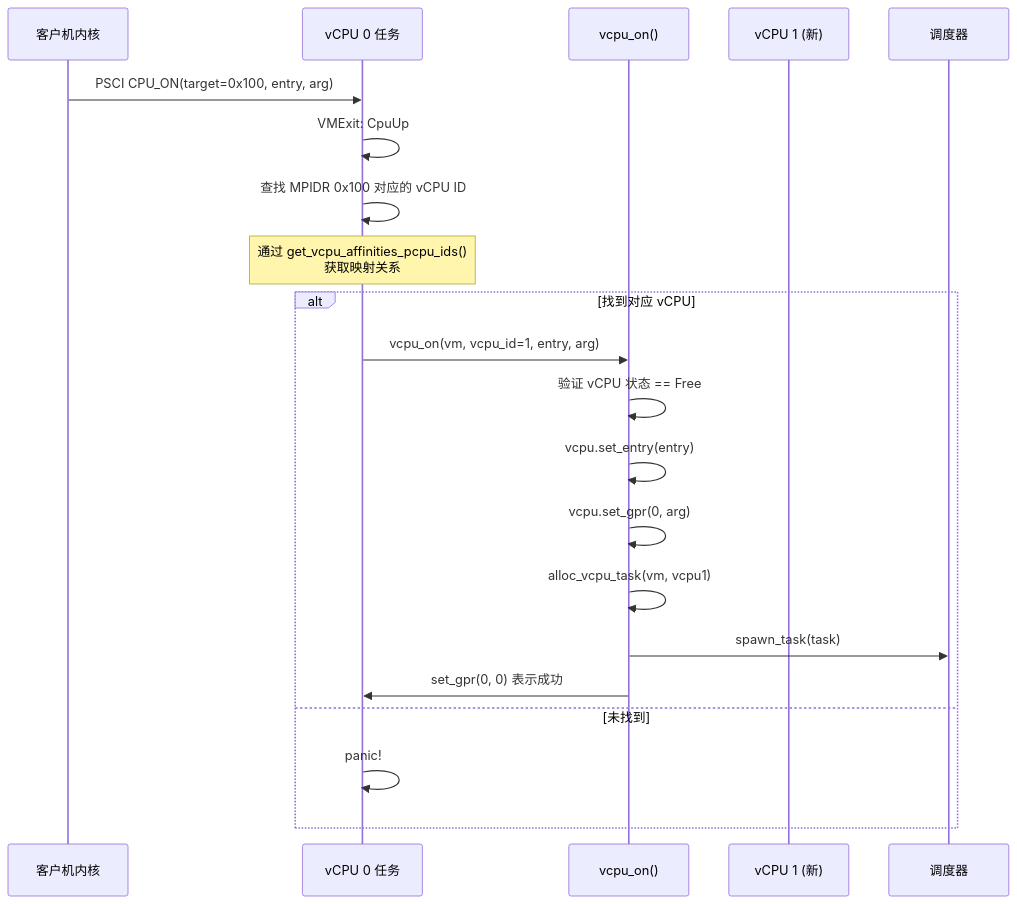
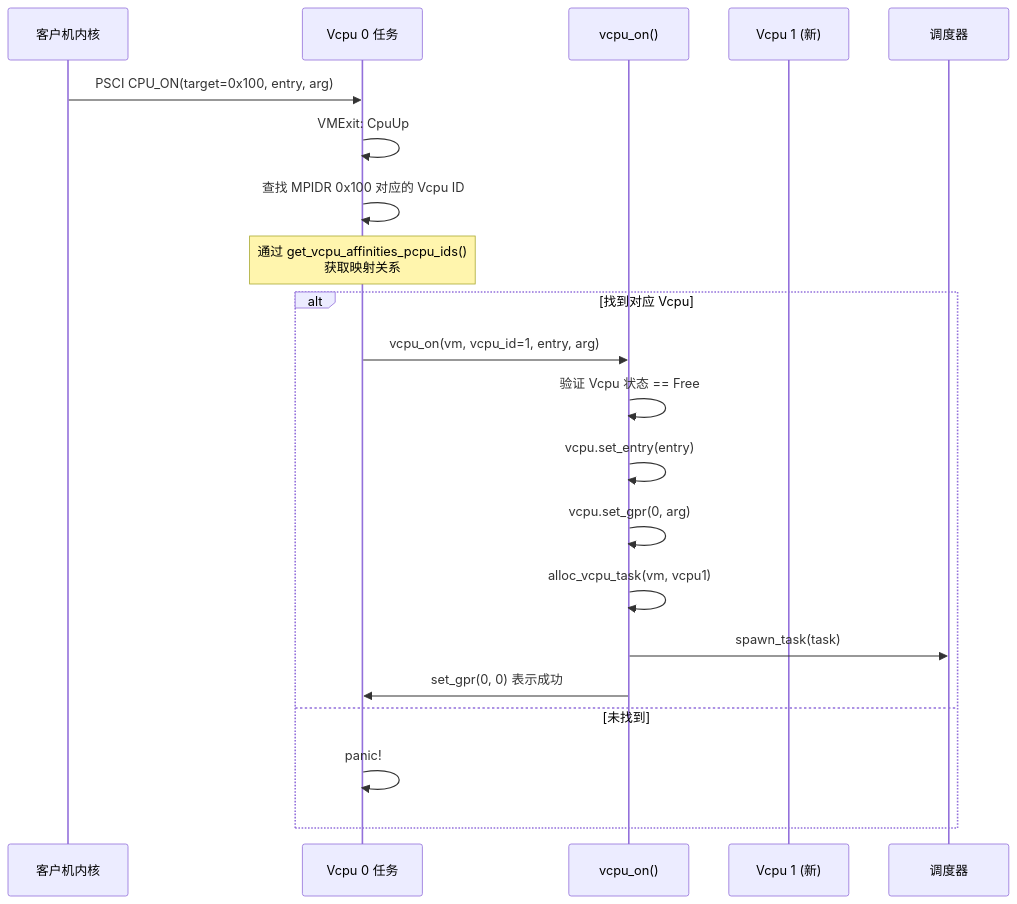
The seventh of 18 diagrams in docs/design/guest/manager/vcpu-task.md (arceos-hypervisor/axvisorbook), drawn with Mermaid before and after one commit. The commit also changed other lines of this file and 6 other files, not shown here.

````diff
--- a/docs/design/guest/manager/vcpu-task.md
+++ b/docs/design/guest/manager/vcpu-task.md
@@ -264,26 +264,26 @@
 ```mermaid
 sequenceDiagram
     participant Guest as 客户机内核
-    participant VCpu0 as vCPU 0 任务
+    participant VCpu0 as Vcpu 0 任务
     participant Handler as vcpu_on()
-    participant VCpu1 as vCPU 1 (新)
+    participant VCpu1 as Vcpu 1 (新)
     participant Sched as 调度器
 
     Guest->>VCpu0: PSCI CPU_ON(target=0x100, entry, arg)
     VCpu0->>VCpu0: VMExit: CpuUp
 
-    VCpu0->>VCpu0: 查找 MPIDR 0x100 对应的 vCPU ID
+    VCpu0->>VCpu0: 查找 MPIDR 0x100 对应的 Vcpu ID
     Note over VCpu0: 通过 get_vcpu_affinities_pcpu_ids()<br/>获取映射关系
 
-    alt 找到对应 vCPU
+    alt 找到对应 Vcpu
         VCpu0->>Handler: vcpu_on(vm, vcpu_id=1, entry, arg)
-        Handler->>Handler: 验证 vCPU 状态 == Free
+        Handler->>Handler: 验证 Vcpu 状态 == Free
         Handler->>Handler: vcpu.set_entry(entry)
         Handler->>Handler: vcpu.set_gpr(0, arg)
         Handler->>Handler: alloc_vcpu_task(vm, vcpu1)
         Handler->>Sched: spawn_task(task)
         Handler->>VCpu0: set_gpr(0, 0) 表示成功
     else 未找到
         VCpu0->>VCpu0: panic!
     end
 ```
````
